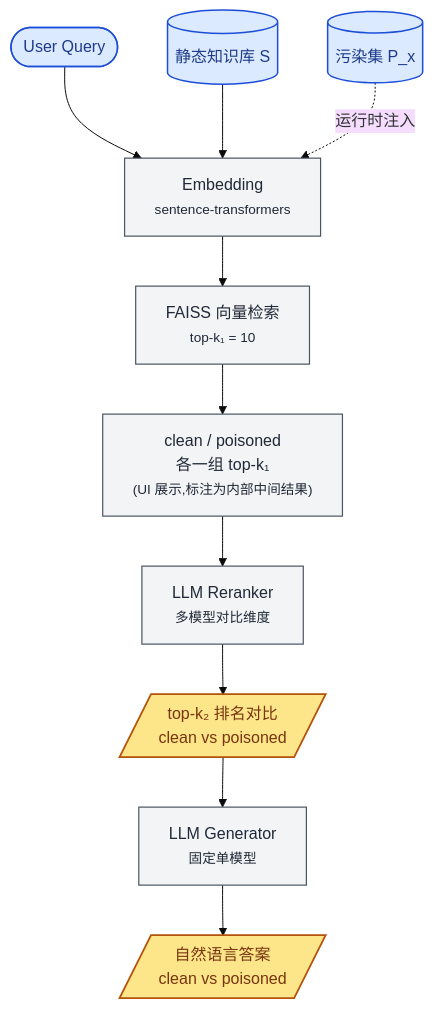
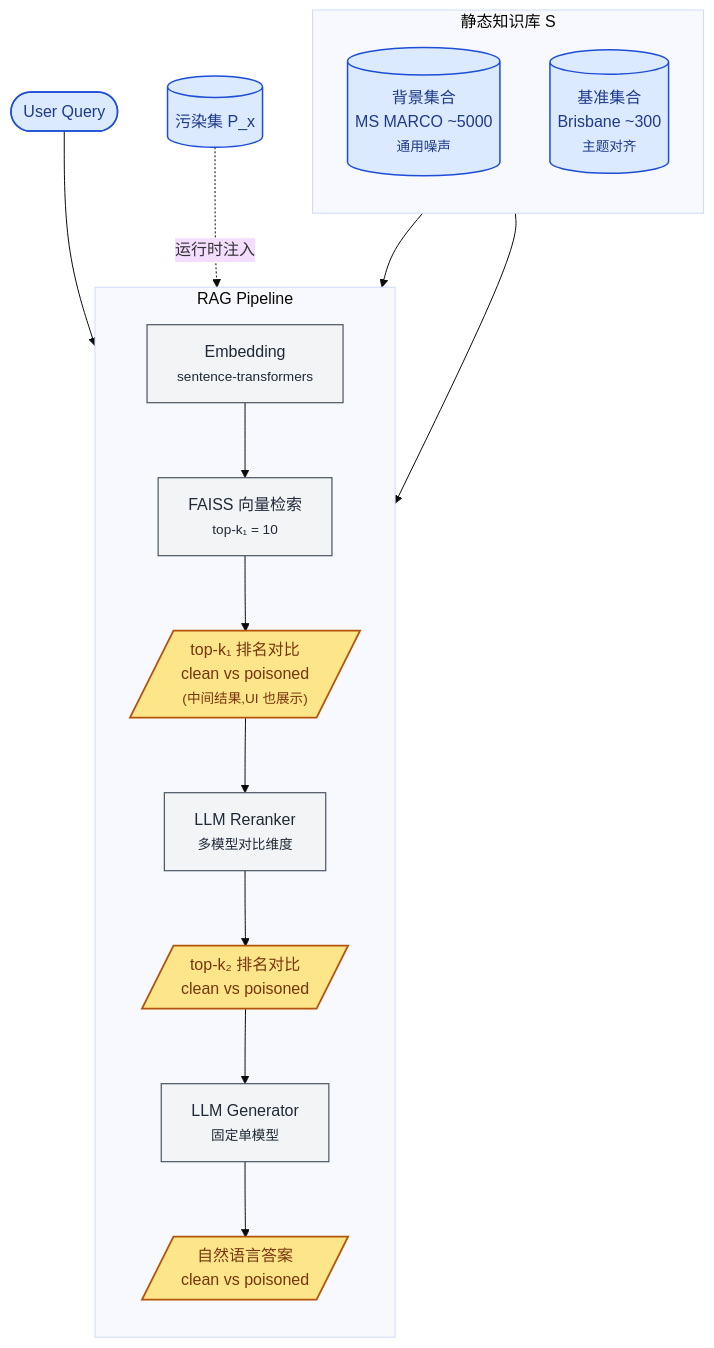
One commit to LiuJiLan/COMS4507-RAG-Poisoning-Demo changed the first of 2 diagrams in README.cn.md. Above: the diagram before and after it, drawn with Mermaid (base theme). The commit also changed other lines of this file and 9 other files, not shown here.

Commit message:
add MS MARCO background corpus; split static KB into BASE + BACKGROUND

````diff
--- a/README.cn.md
+++ b/README.cn.md
@@ -11,27 +11,34 @@
 ```mermaid
 flowchart TB
     %% ===== 输入层 =====
     Q([User Query]):::input
-    KB[(静态知识库 S)]:::input
+    subgraph KB[静态知识库 S]
+        direction TB
+        BG[("背景集合<br/>MS MARCO ~5000<br/><span style='font-size:0.85em'>通用噪声</span>")]:::input
+        BASE[("基准集合<br/>Brisbane ~300<br/><span style='font-size:0.85em'>主题对齐</span>")]:::input
+    end
     PX[(污染集 P_x)]:::input
 
-    %% ===== RAG 内部 =====
-    EMB["Embedding<br/><span style='font-size:0.85em'>sentence-transformers</span>"]:::internal
-    FAISS["FAISS 向量检索<br/><span style='font-size:0.85em'>top-k₁ = 10</span>"]:::internal
-    K1["clean / poisoned<br/>各一组 top-k₁<br/><span style='font-size:0.85em'>(UI 展示,标注为内部中间结果)</span>"]:::internal
-    RER["LLM Reranker<br/><span style='font-size:0.85em'>多模型对比维度</span>"]:::internal
-    GEN["LLM Generator<br/><span style='font-size:0.85em'>固定单模型</span>"]:::internal
+    %% ===== RAG Pipeline（所有处理步骤都在 RAG 内部;颜色区分"中间步骤"vs"UI 主展示"） =====
+    subgraph RAG[RAG Pipeline]
+        direction TB
+        EMB["Embedding<br/><span style='font-size:0.85em'>sentence-transformers</span>"]:::internal
+        FAISS["FAISS 向量检索<br/><span style='font-size:0.85em'>top-k₁ = 10</span>"]:::internal
+        K1[/"top-k₁ 排名对比<br/>clean vs poisoned<br/><span style='font-size:0.85em'>(中间结果,UI 也展示)</span>"/]:::display
+        RER["LLM Reranker<br/><span style='font-size:0.85em'>多模型对比维度</span>"]:::internal
+        K2[/"top-k₂ 排名对比<br/>clean vs poisoned"/]:::display
+        GEN["LLM Generator<br/><span style='font-size:0.85em'>固定单模型</span>"]:::internal
+        ANS[/"自然语言答案<br/>clean vs poisoned"/]:::display
 
-    %% ===== 外显展示 =====
-    K2[/"top-k₂ 排名对比<br/>clean vs poisoned"/]:::display
-    ANS[/"自然语言答案<br/>clean vs poisoned"/]:::display
+        EMB --> FAISS --> K1 --> RER --> K2 --> GEN --> ANS
+    end
 
     Q --> EMB
-    KB --> EMB
+    BG --> EMB
+    BASE --> EMB
     PX -. 运行时注入 .-> EMB
-    EMB --> FAISS --> K1 --> RER --> K2 --> GEN --> ANS
 
     classDef input fill:#dbeafe,stroke:#1d4ed8,color:#1e3a8a,stroke-width:1.5px
     classDef internal fill:#f3f4f6,stroke:#4b5563,color:#1f2937,stroke-width:1.2px
     classDef display fill:#fde68a,stroke:#b45309,color:#78350f,stroke-width:1.8px
 ```
````
